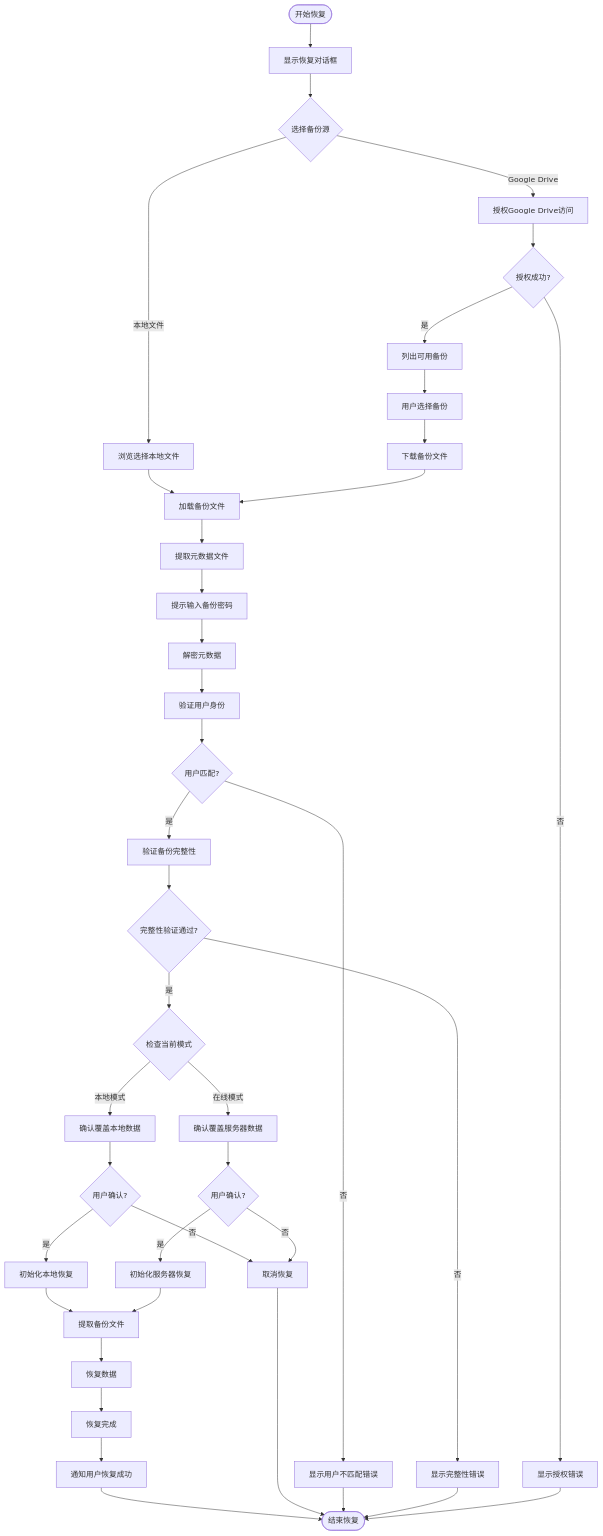
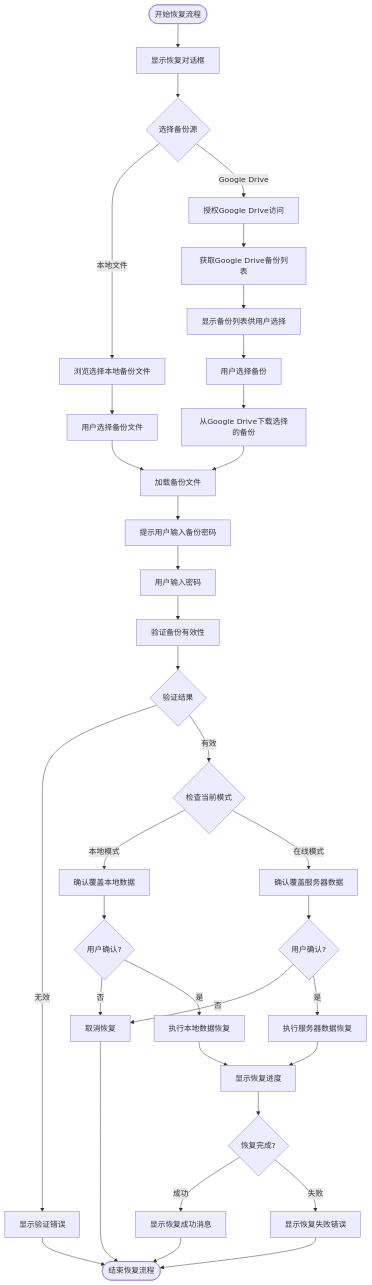
Before and after one commit to yingjianzh/iodraw-files: the diagram in all/未命名-53.md, drawn with Mermaid.

Commit message:
2025-05-09 15:56:34 update

````diff
--- a/all/未命名-53.md
+++ b/all/未命名-53.md
@@ -1,57 +1,48 @@
 ```mermaid
 flowchart TD
-    Start([开始恢复]) --> ShowRestoreDialog[显示恢复对话框]
+    Start([开始恢复流程]) --> ShowRestoreDialog[显示恢复对话框]
     ShowRestoreDialog --> SelectSource{选择备份源}
     
-    SelectSource -->|本地文件| BrowseLocal[浏览选择本地文件]
+    SelectSource -->|本地文件| BrowseLocalFile[浏览选择本地备份文件]
     SelectSource -->|Google Drive| AuthGDrive[授权Google Drive访问]
     
-    BrowseLocal --> LoadBackupFile[加载备份文件]
+    BrowseLocalFile --> GetFileFromUser[用户选择备份文件]
+    GetFileFromUser --> LoadBackupFile[加载备份文件]
     
-    AuthGDrive --> AuthSuccess{授权成功?}
-    AuthSuccess -->|否| ShowAuthError[显示授权错误]
-    AuthSuccess -->|是| ListGDriveBackups[列出可用备份]
+    AuthGDrive --> FetchBackupList[获取Google Drive备份列表]
+    FetchBackupList --> DisplayBackupsList[显示备份列表供用户选择]
+    DisplayBackupsList --> UserSelectsBackup[用户选择备份]
+    UserSelectsBackup --> DownloadGDriveBackup[从Google Drive下载选择的备份]
+    DownloadGDriveBackup --> LoadBackupFile
     
-    ListGDriveBackups --> SelectBackup[用户选择备份]
-    SelectBackup --> DownloadBackup[下载备份文件]
-    DownloadBackup --> LoadBackupFile
+    LoadBackupFile --> PromptPassword[提示用户输入备份密码]
+    PromptPassword --> UserEntersPassword[用户输入密码]
+    UserEntersPassword --> ValidateBackup[验证备份有效性]
     
-    LoadBackupFile --> ExtractMetadata[提取元数据文件]
-    ExtractMetadata --> PromptPassword[提示输入备份密码]
-    PromptPassword --> DecryptMetadata[解密元数据]
-    
-    DecryptMetadata --> ValidateUser[验证用户身份]
-    ValidateUser --> UserValid{用户匹配?}
-    
-    UserValid -->|否| ShowUserError[显示用户不匹配错误]
-    UserValid -->|是| VerifyIntegrity[验证备份完整性]
-    
-    VerifyIntegrity --> IntegrityValid{完整性验证通过?}
-    IntegrityValid -->|否| ShowIntegrityError[显示完整性错误]
-    IntegrityValid -->|是| CheckCurrentMode{检查当前模式}
+    ValidateBackup --> ValidationResult{验证结果}
+    ValidationResult -->|无效| ShowValidationError[显示验证错误]
+    ValidationResult -->|有效| CheckCurrentMode{检查当前模式}
     
     CheckCurrentMode -->|本地模式| ConfirmLocalRestore[确认覆盖本地数据]
     CheckCurrentMode -->|在线模式| ConfirmServerRestore[确认覆盖服务器数据]
     
     ConfirmLocalRestore --> UserConfirm1{用户确认?}
     UserConfirm1 -->|否| CancelRestore[取消恢复]
-    UserConfirm1 -->|是| InitLocalRestore[初始化本地恢复]
+    UserConfirm1 -->|是| ExecuteLocalRestore[执行本地数据恢复]
     
     ConfirmServerRestore --> UserConfirm2{用户确认?}
     UserConfirm2 -->|否| CancelRestore
-    UserConfirm2 -->|是| InitServerRestore[初始化服务器恢复]
+    UserConfirm2 -->|是| ExecuteServerRestore[执行服务器数据恢复]
     
-    InitLocalRestore --> ExtractBackup[提取备份文件]
-    InitServerRestore --> ExtractBackup
+    ExecuteLocalRestore --> ShowProgress[显示恢复进度]
+    ExecuteServerRestore --> ShowProgress
     
-    ExtractBackup --> RestoreData[恢复数据]
+    ShowProgress --> RestoreComplete{恢复完成?}
+    RestoreComplete -->|成功| ShowSuccess[显示恢复成功消息]
+    RestoreComplete -->|失败| ShowError[显示恢复失败错误]
     
-    RestoreData --> RestoreComplete[恢复完成]
-    RestoreComplete --> NotifySuccess[通知用户恢复成功]
-    NotifySuccess --> End([结束恢复])
-    
+    ShowSuccess --> End([结束恢复流程])
+    ShowError --> End
+    ShowValidationError --> End
     CancelRestore --> End
-    ShowUserError --> End
-    ShowIntegrityError --> End
-    ShowAuthError --> End
 ```
````
